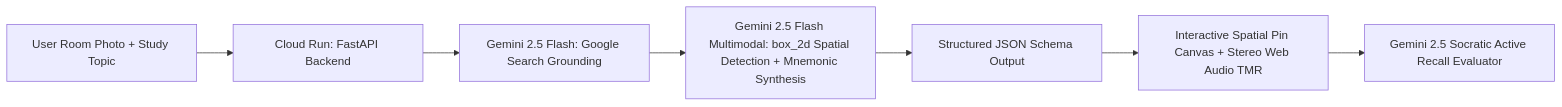
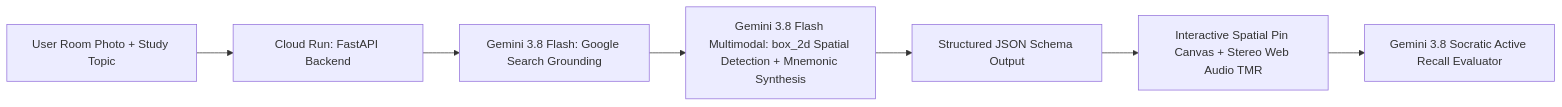
The diagram in README.md (zurvaaziz56/spatial-memory-ai), drawn with Mermaid before and after one commit. The commit also changed other lines of this file and 3 other files, not shown here.

Commit message:
Migrate to gemini-3.8-flash (2.5-flash unavailable to new users)

````diff
--- a/README.md
+++ b/README.md
@@ -19,9 +19,9 @@
 ```mermaid
 graph LR
     A[User Room Photo + Study Topic] --> B[Cloud Run: FastAPI Backend]
-    B --> C[Gemini 2.5 Flash: Google Search Grounding]
-    C --> D[Gemini 2.5 Flash Multimodal: box_2d Spatial Detection + Mnemonic Synthesis]
+    B --> C[Gemini 3.8 Flash: Google Search Grounding]
+    C --> D[Gemini 3.8 Flash Multimodal: box_2d Spatial Detection + Mnemonic Synthesis]
     D --> E[Structured JSON Schema Output]
     E --> F[Interactive Spatial Pin Canvas + Stereo Web Audio TMR]
-    F --> G[Gemini 2.5 Socratic Active Recall Evaluator]
+    F --> G[Gemini 3.8 Socratic Active Recall Evaluator]
 ```
````
